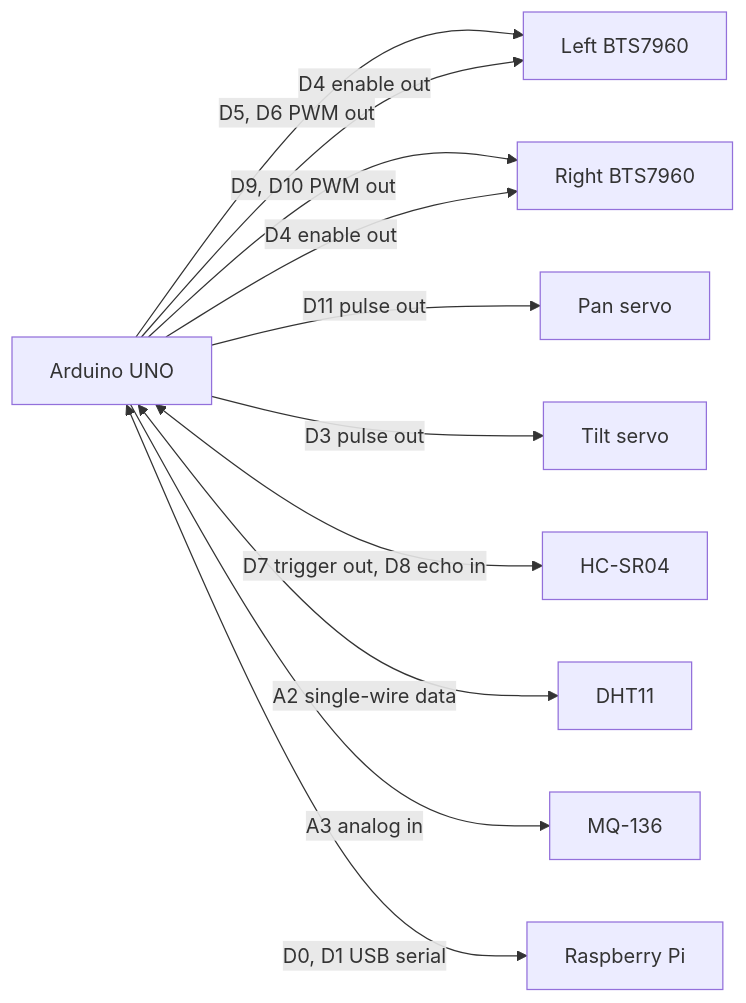
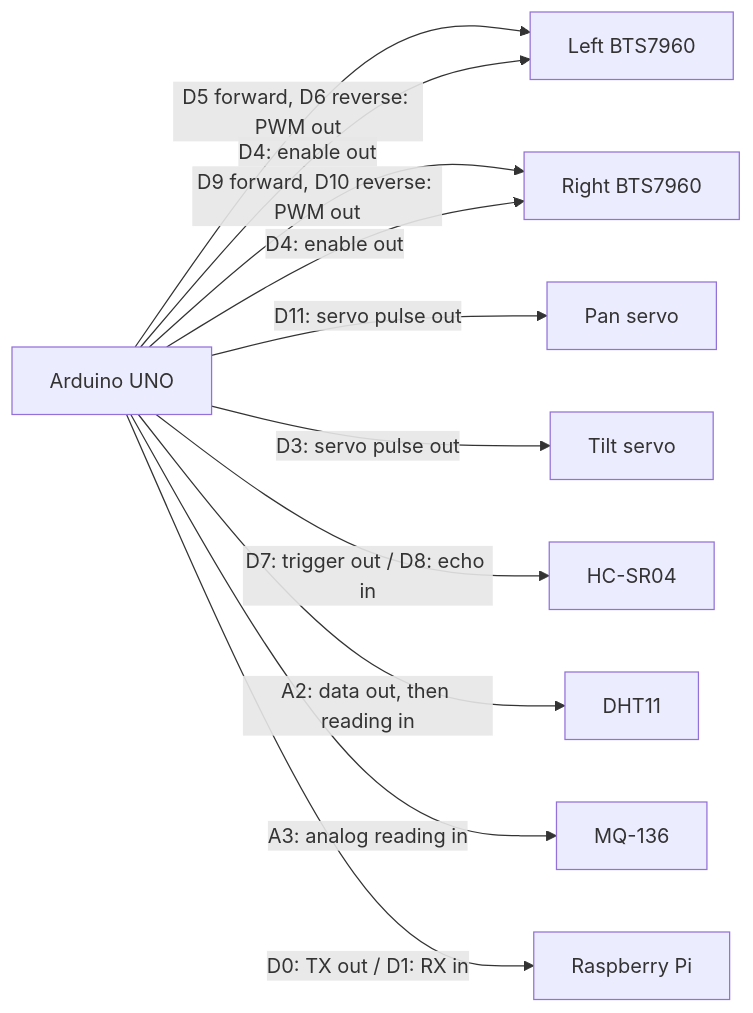
Before and after one commit to baiust999/robort-code-from-pi: the fourth of 20 diagrams in research paper/section3_methodology.md, drawn with Mermaid. The commit also changed other lines of this file, not shown here.

````diff
--- a/research paper/section3_methodology.md
+++ b/research paper/section3_methodology.md
@@ -247,23 +156,23 @@
 ```mermaid
 flowchart LR
   UNO["Arduino UNO"]
   LD["Left BTS7960"]
   RD["Right BTS7960"]
   PAN["Pan servo"]
   TILT["Tilt servo"]
   US["HC-SR04"]
   DHT["DHT11"]
   MQ["MQ-136"]
   PI["Raspberry Pi"]
 
-  UNO -- "D5, D6 PWM out" --> LD
-  UNO -- "D9, D10 PWM out" --> RD
-  UNO -- "D4 enable out" --> LD
-  UNO -- "D4 enable out" --> RD
-  UNO -- "D11 pulse out" --> PAN
-  UNO -- "D3 pulse out" --> TILT
-  UNO <-- "D7 trigger out, D8 echo in" --> US
-  UNO <-- "A2 single-wire data" --> DHT
-  UNO -- "A3 analog in" --> MQ
-  UNO <-- "D0, D1 USB serial" --> PI
+  UNO -- "D5 forward, D6 reverse: PWM out" --> LD
+  UNO -- "D9 forward, D10 reverse: PWM out" --> RD
+  UNO -- "D4: enable out" --> LD
+  UNO -- "D4: enable out" --> RD
+  UNO -- "D11: servo pulse out" --> PAN
+  UNO -- "D3: servo pulse out" --> TILT
+  UNO -- "D7: trigger out / D8: echo in" --> US
+  UNO -- "A2: data out, then reading in" --> DHT
+  UNO -- "A3: analog reading in" --> MQ
+  UNO -- "D0: TX out / D1: RX in" --> PI
 ```
````
